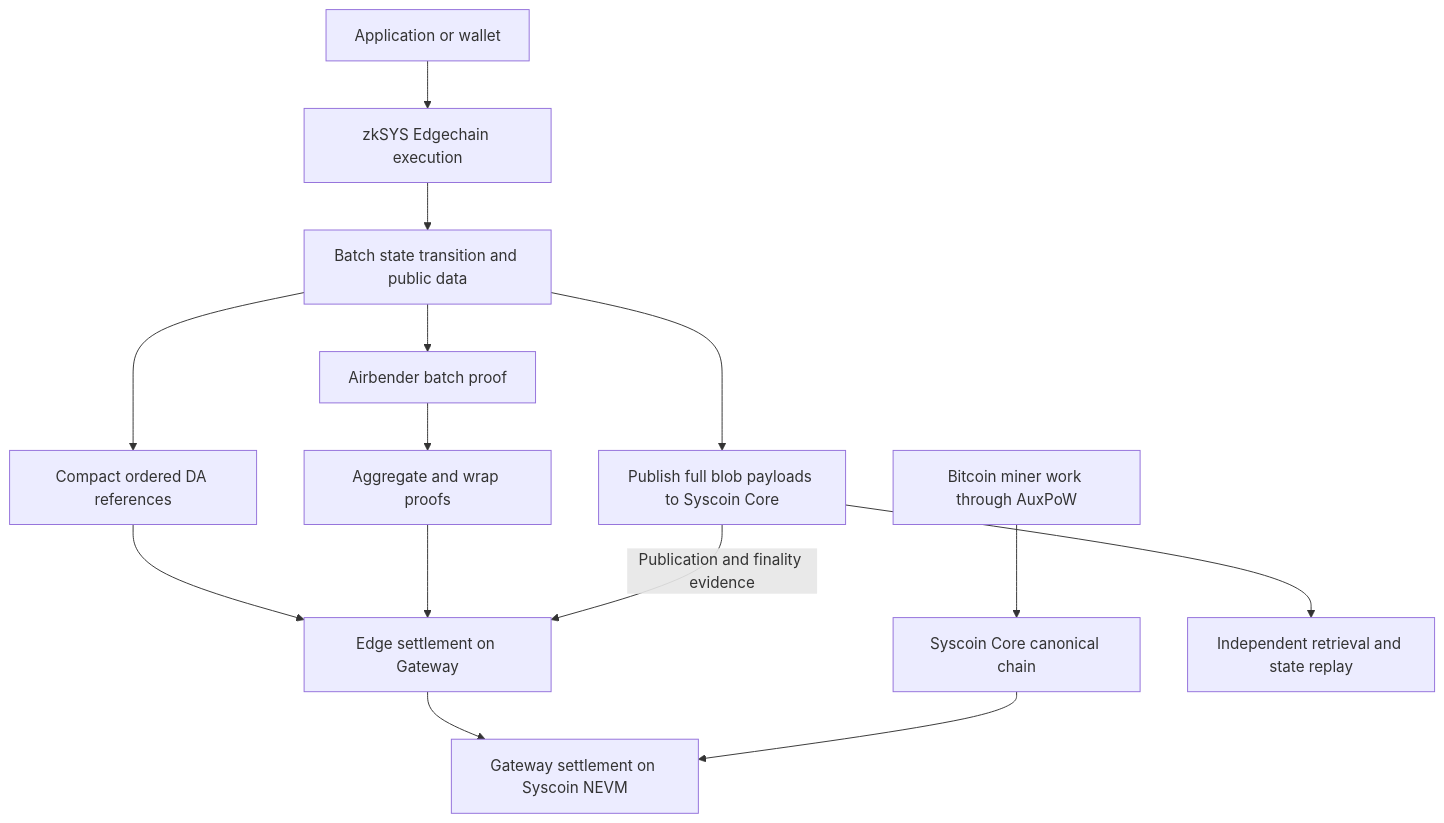
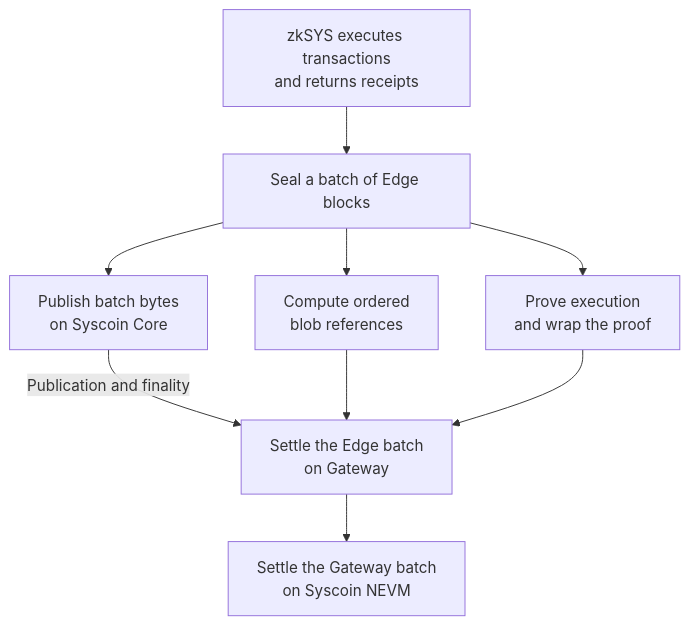
One commit to syscoin/sys-docs changed the first of 2 diagrams in docs/architecture/zksys.mdx. Above: the diagram before and after it, drawn with Mermaid. The commit also changed other lines of this file and 45 other files, not shown here.

Commit message:
Trace Syscoin settlement and quantify PoW, DA and proving tradeoffs

````diff
--- a/docs/architecture/zksys.mdx
+++ b/docs/architecture/zksys.mdx
@@ -9,16 +9,13 @@
 ```mermaid
 flowchart TB
-    App[Application or wallet] --> Edge[zkSYS Edgechain execution]
-    Edge --> Batch[Batch state transition and public data]
-    Batch --> DA[Publish full blob payloads to Syscoin Core]
-    Batch --> FRI[Airbender batch proof]
-    Batch --> Refs[Compact ordered DA references]
-    FRI --> Wrapper[Aggregate and wrap proofs]
-    Refs --> GW[Edge settlement on Gateway]
-    Wrapper --> GW
-    DA -->|Publication and finality evidence| GW
-    GW --> Root[Gateway settlement on Syscoin NEVM]
-    Core[Syscoin Core canonical chain] --> Root
-    PoW[Bitcoin miner work through AuxPoW] --> Core
-    DA --> Replay[Independent retrieval and state replay]
+    accTitle: Where a zkSYS batch settles
+    accDescr: An Edgechain produces blocks and receipts. Batch bytes go to Core for publication and replay. Compact references and a wrapped execution proof go to Gateway. Gateway settles its own batches on NEVM.
+    Edge["zkSYS executes transactions<br/>and returns receipts"] --> Batch["Seal a batch of Edge blocks"]
+    Batch --> Bytes["Publish batch bytes<br/>on Syscoin Core"]
+    Batch --> Refs["Compute ordered<br/>blob references"]
+    Batch --> Proof["Prove execution<br/>and wrap the proof"]
+    Bytes -->|Publication and finality| GW["Settle the Edge batch<br/>on Gateway"]
+    Refs --> GW
+    Proof --> GW
+    GW --> NEVM["Settle the Gateway batch<br/>on Syscoin NEVM"]
 ```
````
